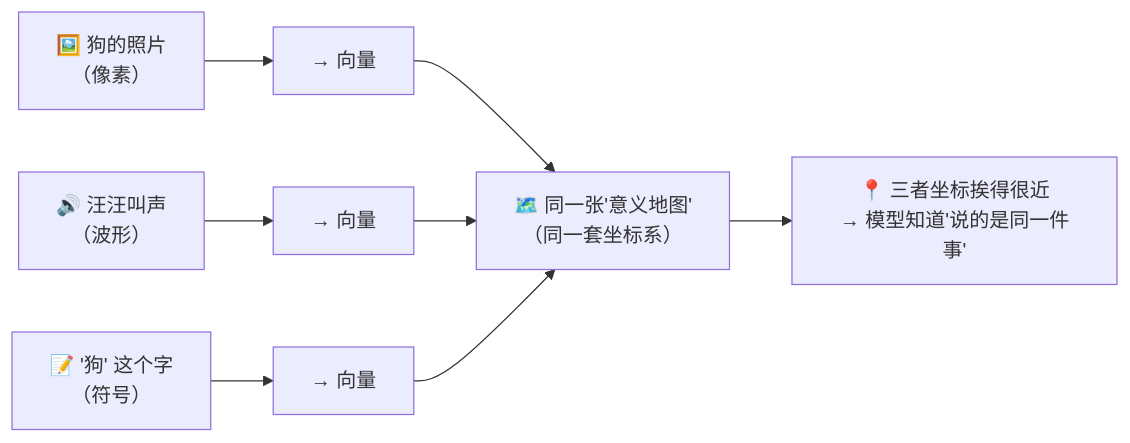
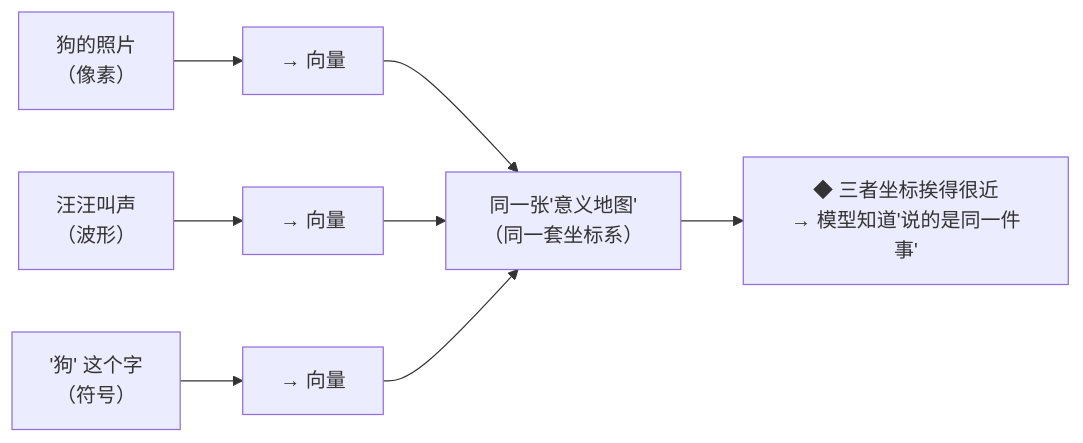
One commit to luckykhy/KhyAiHub changed the fourth of 6 diagrams in docs/02_CONCEPTS_概念入门/CONCEPT/[CONCEPT-27] 什么是多模态-Multimodal.md. Above: the diagram before and after it, drawn with Mermaid. The commit also changed other lines of this file and 19 other files, not shown here.

````diff
--- a/docs/02_CONCEPTS_概念入门/CONCEPT/[CONCEPT-27] 什么是多模态-Multimodal.md
+++ b/docs/02_CONCEPTS_概念入门/CONCEPT/[CONCEPT-27] 什么是多模态-Multimodal.md
@@ -137,10 +137,10 @@
 ```mermaid
 flowchart LR
-  IMG["🖼️ 狗的照片<br/>（像素）"] --> V1["→ 向量"]
-  SND["🔊 汪汪叫声<br/>（波形）"] --> V2["→ 向量"]
-  TXT["📝 '狗' 这个字<br/>（符号）"] --> V3["→ 向量"]
-  V1 --> MAP["🗺️ 同一张'意义地图'<br/>（同一套坐标系）"]
+  IMG["狗的照片<br/>（像素）"] --> V1["→ 向量"]
+  SND["汪汪叫声<br/>（波形）"] --> V2["→ 向量"]
+  TXT["'狗' 这个字<br/>（符号）"] --> V3["→ 向量"]
+  V1 --> MAP["同一张'意义地图'<br/>（同一套坐标系）"]
   V2 --> MAP
   V3 --> MAP
-  MAP --> NEAR["📍 三者坐标挨得很近<br/>→ 模型知道'说的是同一件事'"]
+  MAP --> NEAR["◆ 三者坐标挨得很近<br/>→ 模型知道'说的是同一件事'"]
 ```
````
